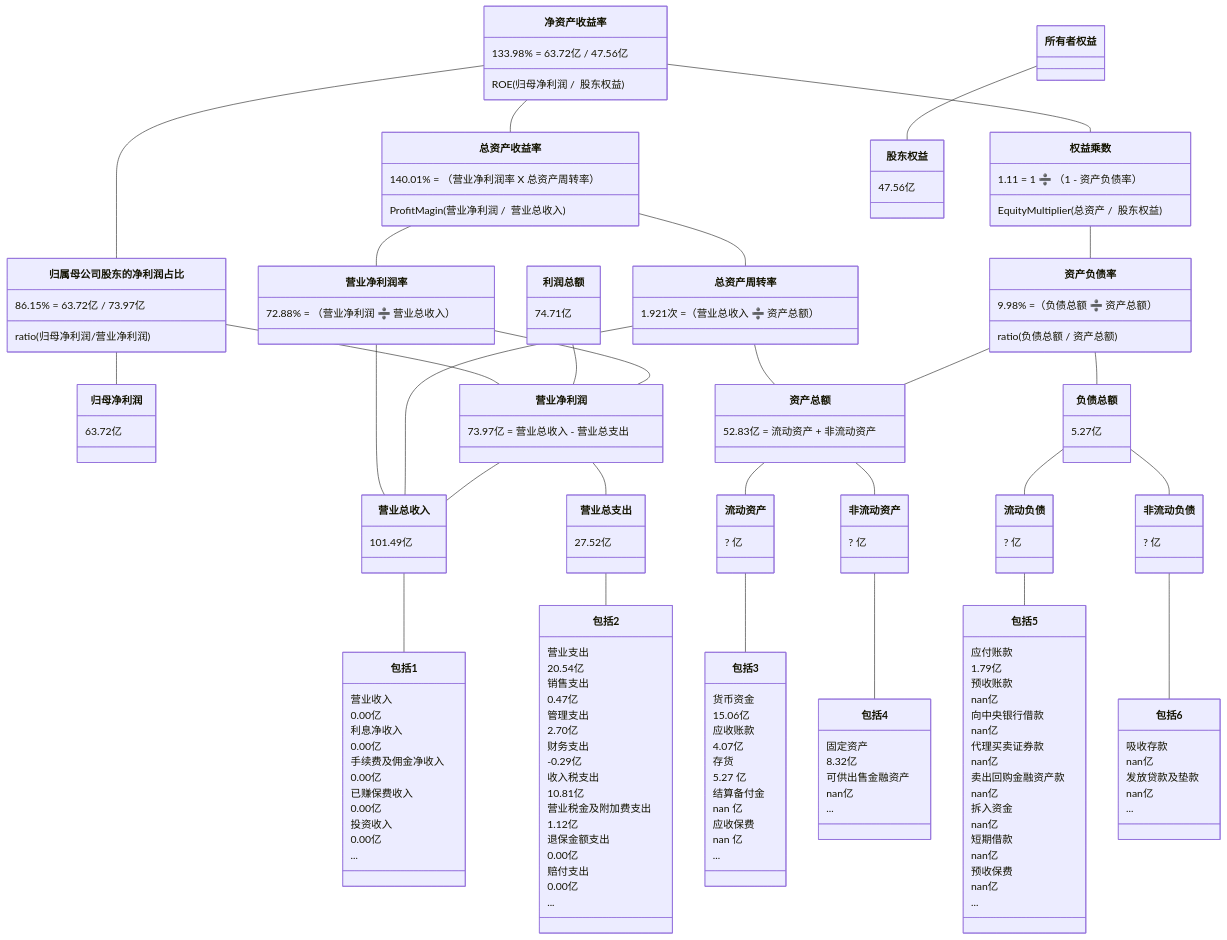
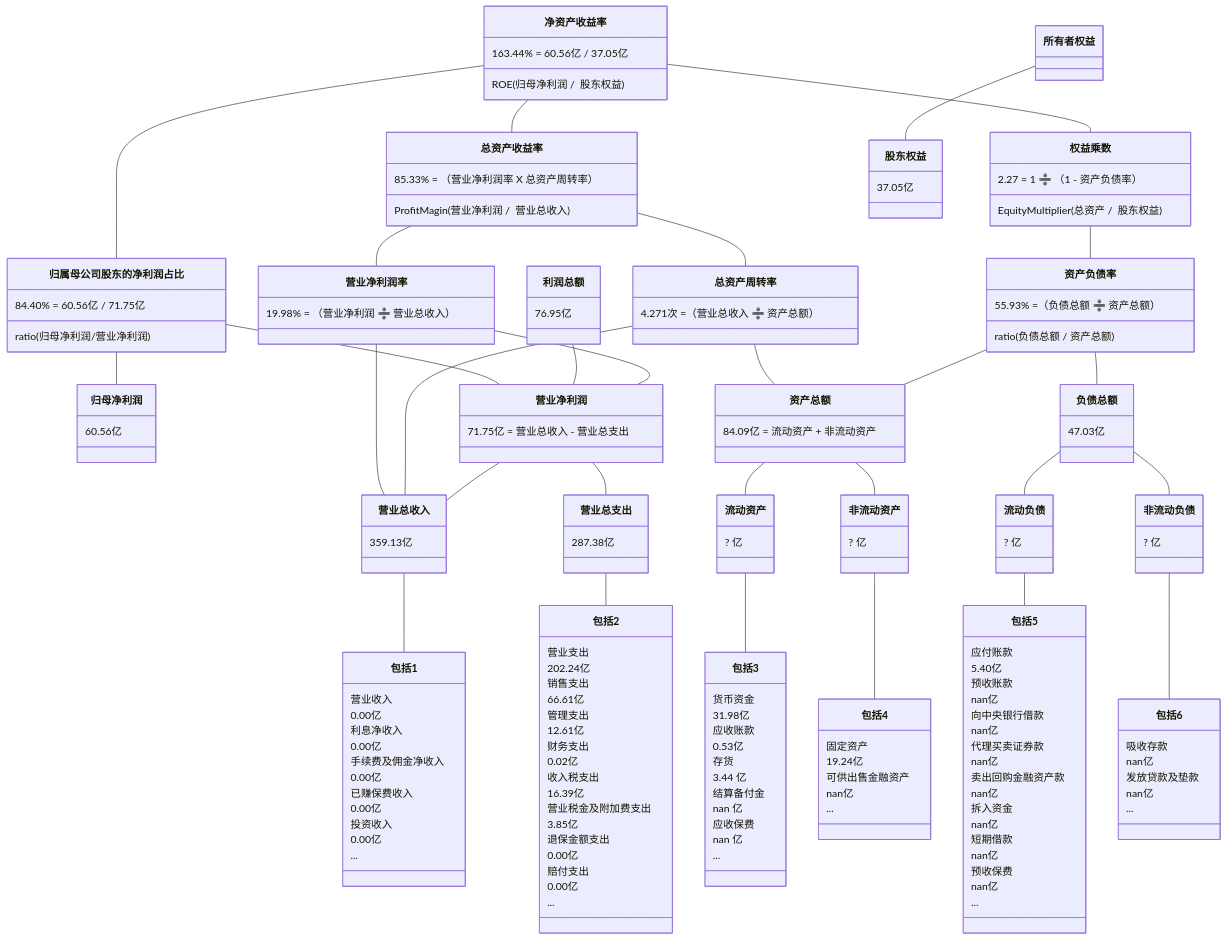
Before and after one commit to TheVeryDarkness/cs410: the sixth of 10 diagrams in 2/2.md, drawn with Mermaid. The commit also changed other lines of this file and 72 other files, not shown here.

````diff
--- a/2/2.md
+++ b/2/2.md
@@ -751,45 +775,45 @@
 ```mermaid
 classDiagram
 净资产收益率 -- 总资产收益率
-    净资产收益率 : 133.98% = 63.72亿 / 47.56亿
+    净资产收益率 : 163.44% = 60.56亿 / 37.05亿
     净资产收益率 : ROE(归母净利润 /  股东权益)
-    总资产收益率 : 140.01% = （营业净利润率 X 总资产周转率）
+    总资产收益率 : 85.33% = （营业净利润率 X 总资产周转率）
     总资产收益率 : ProfitMagin(营业净利润 /  营业总收入)
 净资产收益率 -- 归属母公司股东的净利润占比
-	  归属母公司股东的净利润占比 : 86.15% = 63.72亿 / 73.97亿
+	  归属母公司股东的净利润占比 : 84.40% = 60.56亿 / 71.75亿
 	  归属母公司股东的净利润占比 : ratio(归母净利润/营业净利润)
 归属母公司股东的净利润占比 -- 归母净利润
-    归母净利润 : 63.72亿
+    归母净利润 : 60.56亿
 归属母公司股东的净利润占比 -- 营业净利润
-利润总额 : 74.71亿
+利润总额 : 76.95亿
 利润总额 -- 营业净利润
 净资产收益率 -- 权益乘数
-    权益乘数 : 1.11 = 1 ➗ （1 - 资产负债率）
+    权益乘数 : 2.27 = 1 ➗ （1 - 资产负债率）
     权益乘数 : EquityMultiplier(总资产 /  股东权益)
 
 总资产收益率 -- 营业净利润率
-    营业净利润率 : 72.88% = （营业净利润 ➗ 营业总收入）
+    营业净利润率 : 19.98% = （营业净利润 ➗ 营业总收入）
 总资产收益率 -- 总资产周转率
-    总资产周转率 : 1.921次 =（营业总收入 ➗ 资产总额）
+    总资产周转率 : 4.271次 =（营业总收入 ➗ 资产总额）
 权益乘数 -- 资产负债率
-    资产负债率  : 9.98% =（负债总额 ➗ 资产总额）
+    资产负债率  : 55.93% =（负债总额 ➗ 资产总额）
     资产负债率  : ratio(负债总额 / 资产总额)
 
 营业净利润率 -- 营业净利润
-    营业净利润 : 73.97亿 = 营业总收入 - 营业总支出
+    营业净利润 : 71.75亿 = 营业总收入 - 营业总支出
 营业净利润率 -- 营业总收入
 总资产周转率 -- 营业总收入
 总资产周转率 -- 资产总额
-    资产总额 : 52.83亿 = 流动资产 + 非流动资产
+    资产总额 : 84.09亿 = 流动资产 + 非流动资产
 资产负债率 -- 负债总额
-    负债总额 : 5.27亿
+    负债总额 : 47.03亿
 资产负债率 -- 资产总额
 
 
 营业净利润 -- 营业总收入
-    营业总收入 : 101.49亿
+    营业总收入 : 359.13亿
 营业净利润 -- 营业总支出
-    营业总支出 : 27.52亿
+    营业总支出 : 287.38亿
 资产总额 -- 流动资产
 	  流动资产 : ? 亿
 资产总额 -- 非流动资产
@@ -813,17 +837,17 @@
     包括1 : ...
 营业总支出 -- 包括2
     包括2 : 营业支出
-    包括2 : 20.54亿
+    包括2 : 202.24亿
     包括2 : 销售支出
-    包括2 : 0.47亿
+    包括2 : 66.61亿
     包括2 : 管理支出
-    包括2 : 2.70亿
+    包括2 : 12.61亿
     包括2 : 财务支出
-    包括2 : -0.29亿
+    包括2 : 0.02亿
     包括2 : 收入税支出
-    包括2 : 10.81亿
+    包括2 : 16.39亿
     包括2 : 营业税金及附加费支出
-    包括2 : 1.12亿
+    包括2 : 3.85亿
     包括2 : 退保金额支出
     包括2 : 0.00亿
     包括2 : 赔付支出
@@ -831,11 +855,11 @@
     包括2 : ...
 流动资产 -- 包括3
     包括3 : 货币资金
-    包括3 : 15.06亿
+    包括3 : 31.98亿
     包括3 : 应收账款
-    包括3 : 4.07亿
+    包括3 : 0.53亿
     包括3 : 存货
-    包括3 : 5.27 亿
+    包括3 : 3.44 亿
     包括3 : 结算备付金
     包括3 : nan 亿
     包括3 : 应收保费
@@ -843,13 +867,13 @@
     包括3 : ...
 非流动资产 -- 包括4
     包括4 : 固定资产
-    包括4 : 8.32亿
+    包括4 : 19.24亿
     包括4 : 可供出售金融资产
     包括4 : nan亿
     包括4 : ...
 流动负债 -- 包括5
     包括5 : 应付账款
-    包括5 : 1.79亿
+    包括5 : 5.40亿
     包括5 : 预收账款
     包括5 : nan亿
     包括5 : 向中央银行借款
@@ -872,5 +896,5 @@
     包括6 : nan亿
     包括6 : ...
 所有者权益 -- 股东权益
-    股东权益 : 47.56亿
+    股东权益 : 37.05亿
 ```
````
